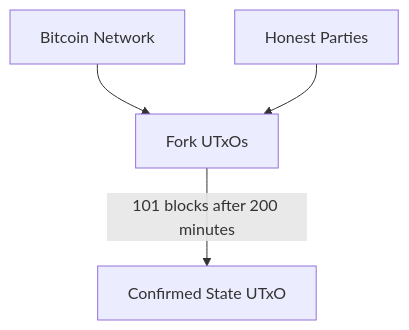
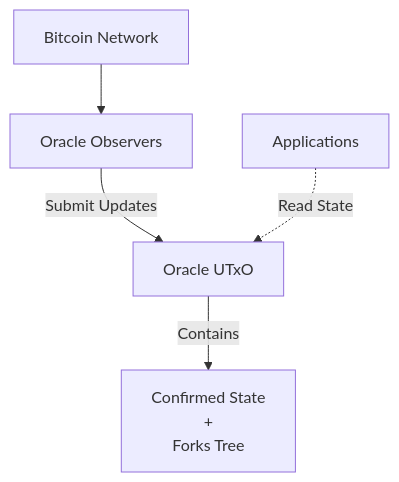
The first of 5 diagrams in Litepaper.md (lantr-io/binocular), drawn with Mermaid before and after one commit. The commit also changed other lines of this file and 3 other files, not shown here.

````diff
--- a/Litepaper.md
+++ b/Litepaper.md
@@ -29,6 +25,7 @@
 ```mermaid
 graph TB
-    A[Bitcoin Network] --> B[Fork UTxOs]
-    B -->|101 blocks after 200 minutes| C[Confirmed State UTxO]
-    D[Honest Parties] --> B
+    A[Bitcoin Network] --> B[Oracle Observers]
+    B -->|Submit Updates| C[Oracle UTxO]
+    C -->|Contains| D[Confirmed State<br/>+<br/>Forks Tree]
+    E[Applications] -.->|Read State| C
 ```
````
